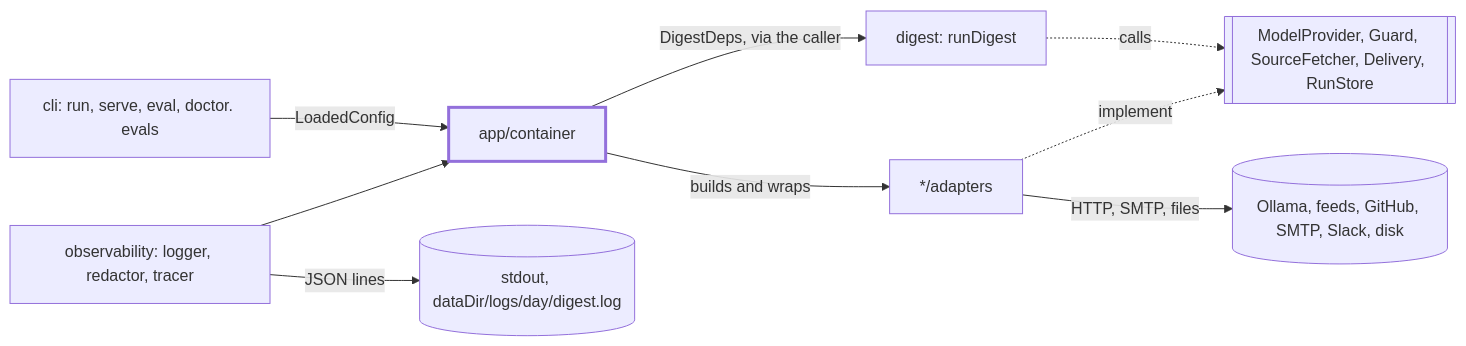
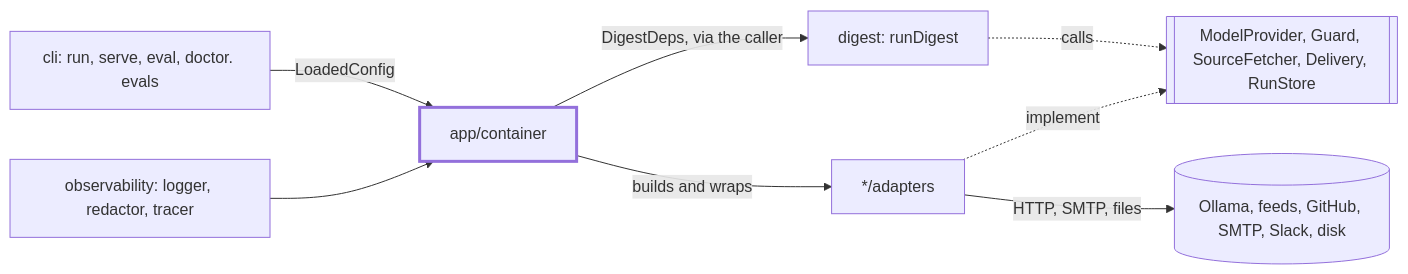
One commit to odere-pro/weekly-engineering-digest-agent changed the first of 2 diagrams in src/app/CLAUDE.md. Above: the diagram before and after it, drawn with Mermaid. The commit also changed other lines of this file and 119 other files, not shown here.

````diff
--- a/src/app/CLAUDE.md
+++ b/src/app/CLAUDE.md
@@ -9,12 +9,10 @@
 ```mermaid
 flowchart LR
   callers["cli: run, serve, eval, doctor. evals"] -->|"LoadedConfig"| app["app/container"]:::focus
-  app -->|"DigestDeps, via the caller"| digest["digest: runDigest"]
+  app -->|"DigestDeps, via the caller"| digest["digest: runDigest"] -.->|"calls"| ports
   obs["observability: logger, redactor, tracer"] --> app
   app -->|"builds and wraps"| adapters["*/adapters"]
   adapters -.->|"implement"| ports[["ModelProvider, Guard, SourceFetcher, Delivery, RunStore"]]
-  digest -.->|"calls"| ports
   adapters -->|"HTTP, SMTP, files"| world[("Ollama, feeds, GitHub, SMTP, Slack, disk")]
-  obs -->|"JSON lines"| logs[("stdout, dataDir/logs/day/digest.log")]
   classDef focus stroke-width:3px
 ```
````
